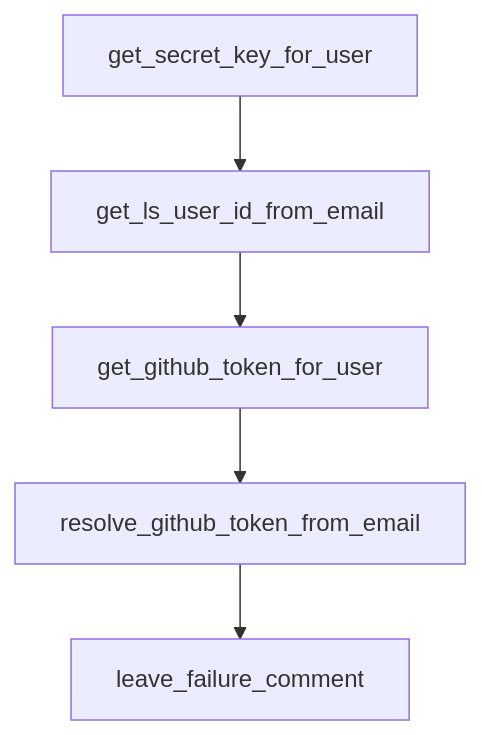
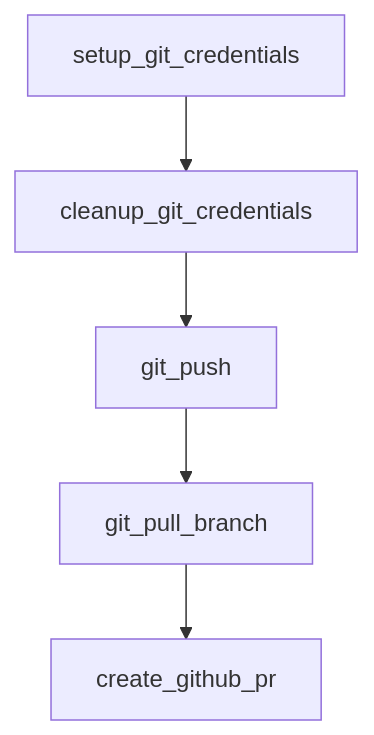
Before and after one commit to johnxie/awesome-code-docs: the diagram in tutorials/open-swe-tutorial/04-usage-patterns-ui-and-github-workflows.md, drawn with Mermaid. The commit also changed other lines of this file and 1232 other files, not shown here.

````diff
--- a/tutorials/open-swe-tutorial/04-usage-patterns-ui-and-github-workflows.md
+++ b/tutorials/open-swe-tutorial/04-usage-patterns-ui-and-github-workflows.md
@@ -212,12 +210,12 @@
 ```mermaid
 flowchart TD
-    A[get_secret_key_for_user]
-    B[get_ls_user_id_from_email]
-    C[get_github_token_for_user]
-    D[resolve_github_token_from_email]
-    E[leave_failure_comment]
+    A[setup_git_credentials]
+    B[cleanup_git_credentials]
+    C[git_push]
+    D[git_pull_branch]
+    E[create_github_pr]
     A --> B
     B --> C
     C --> D
     D --> E
 ```
````
